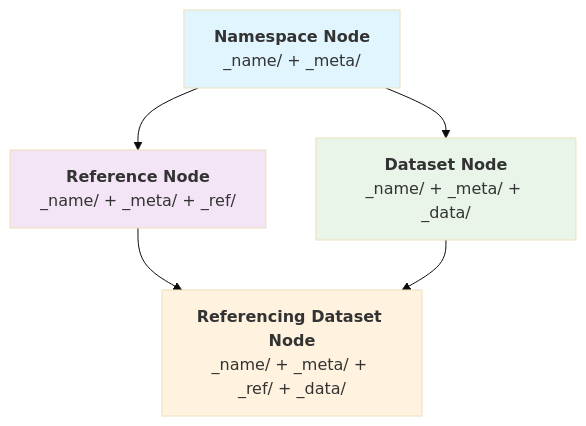
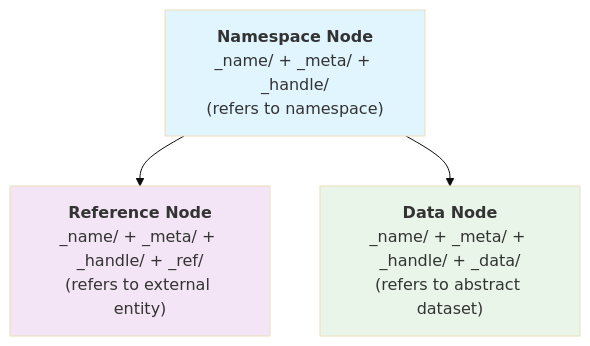
One commit to semantic-flow/sflo-dendron-notes changed the diagram in sflow.concept.mesh.resource.node.md. Above: the diagram before and after it, drawn with Mermaid (base theme). The commit also changed other lines of this file and 26 other files, not shown here.

````diff
--- a/sflow.concept.mesh.resource.node.md
+++ b/sflow.concept.mesh.resource.node.md
@@ -74,16 +68,15 @@
 ```mermaid
 graph TD
     A["`**Namespace Node**
-    _name/ + _meta/`"] --> B["`**Reference Node**
-    _name/ + _meta/ + _ref/`"]
-    A --> C["`**Dataset Node**
-    _name/ + _meta/ + _data/`"]
-    B --> D["`**Referencing Dataset Node**
-    _name/ + _meta/ + _ref/ + _data/`"]
-    C --> D
+    _name/ + _meta/ + _handle/
+    (refers to namespace)`"] --> B["`**Reference Node**
+    _name/ + _meta/ + _handle/ + _ref/
+    (refers to external entity)`"]
+    A --> C["`**Data Node**
+    _name/ + _meta/ + _handle/ + _data/
+    (refers to abstract dataset)`"]
     
     style A fill:#e1f5fe
     style B fill:#f3e5f5
     style C fill:#e8f5e8
-    style D fill:#fff3e0
 ```
````
